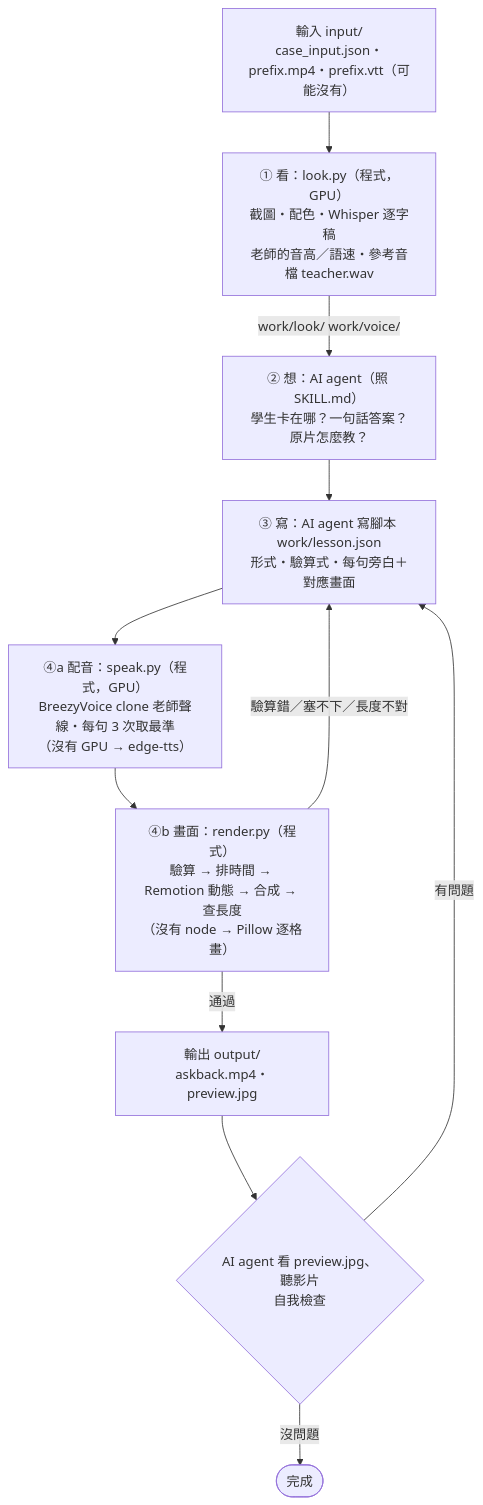
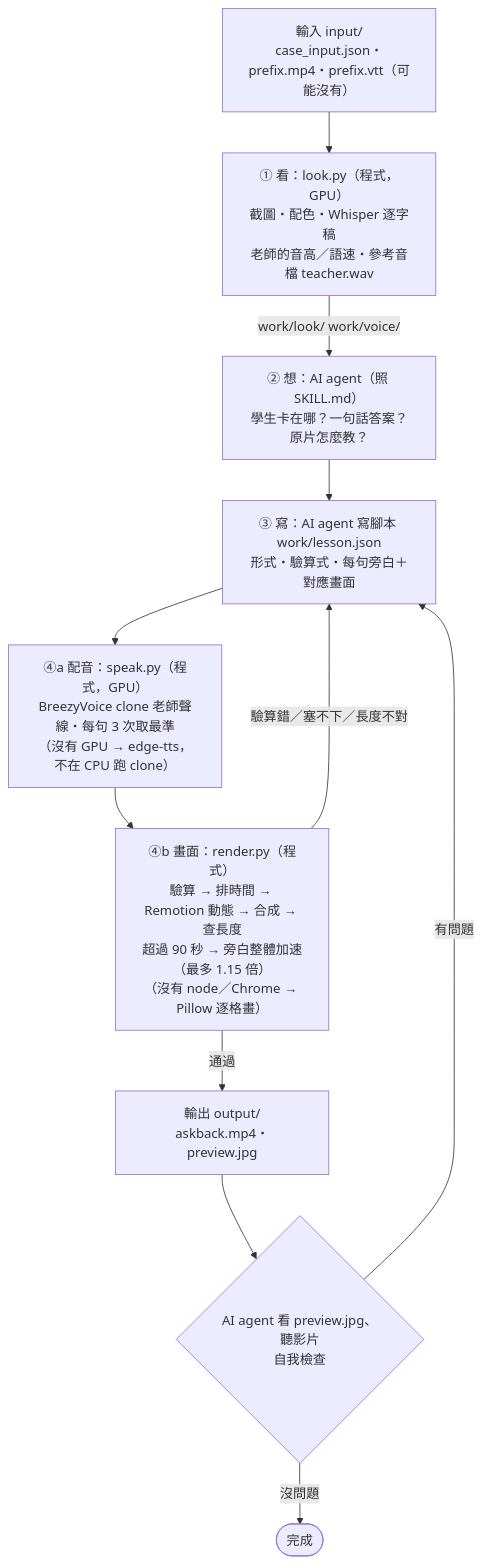
Before and after one commit to 47zzz/askback-skill: the diagram in README.md, drawn with Mermaid. The commit also changed other lines of this file and 25 other files, not shown here.

````diff
--- a/README.md
+++ b/README.md
@@ -25,18 +27,18 @@
 ```mermaid
 flowchart TD
     IN["輸入 input/<br/>case_input.json・prefix.mp4・prefix.vtt（可能沒有）"]
     LOOK["① 看：look.py（程式，GPU）<br/>截圖・配色・Whisper 逐字稿<br/>老師的音高／語速・參考音檔 teacher.wav"]
     THINK["② 想：AI agent（照 SKILL.md）<br/>學生卡在哪？一句話答案？原片怎麼教？"]
     WRITE["③ 寫：AI agent 寫腳本 work/lesson.json<br/>形式・驗算式・每句旁白＋對應畫面"]
-    SPEAK["④a 配音：speak.py（程式，GPU）<br/>BreezyVoice clone 老師聲線・每句 3 次取最準<br/>（沒有 GPU → edge-tts）"]
-    RENDER["④b 畫面：render.py（程式）<br/>驗算 → 排時間 → Remotion 動態 → 合成 → 查長度<br/>（沒有 node → Pillow 逐格畫）"]
+    SPEAK["④a 配音：speak.py（程式，GPU）<br/>BreezyVoice clone 老師聲線・每句 3 次取最準<br/>（沒有 GPU → edge-tts，不在 CPU 跑 clone）"]
+    RENDER["④b 畫面：render.py（程式）<br/>驗算 → 排時間 → Remotion 動態 → 合成 → 查長度<br/>超過 90 秒 → 旁白整體加速（最多 1.15 倍）<br/>（沒有 node／Chrome → Pillow 逐格畫）"]
     OUT["輸出 output/<br/>askback.mp4・preview.jpg"]
     CHECK{"AI agent 看 preview.jpg、聽影片<br/>自我檢查"}
     DONE(["完成"])
 
     IN --> LOOK -->|work/look/ work/voice/| THINK --> WRITE --> SPEAK --> RENDER
     RENDER -->|通過| OUT --> CHECK
     RENDER -->|驗算錯／塞不下／長度不對| WRITE
     CHECK -->|有問題| WRITE
     CHECK -->|沒問題| DONE
 ```
````
